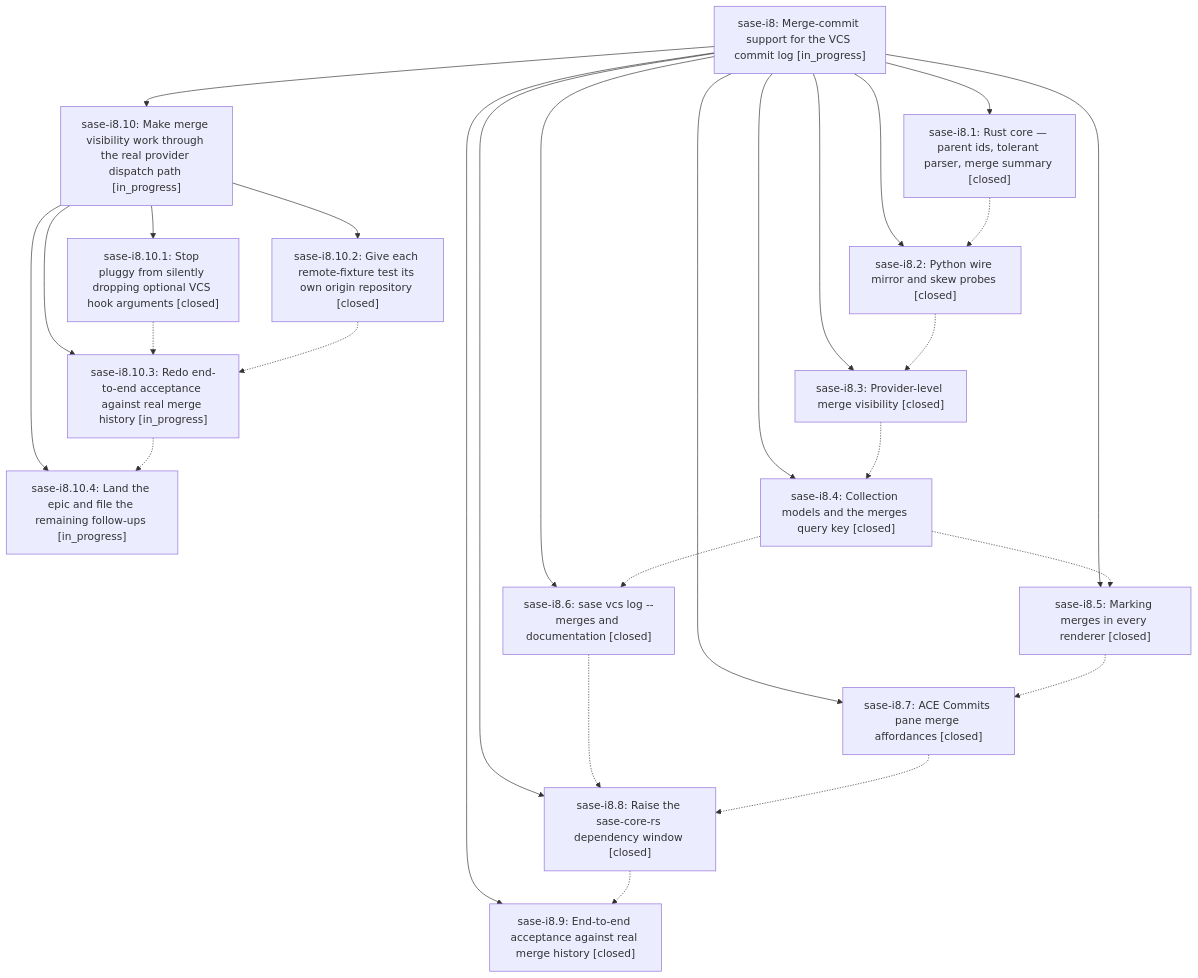
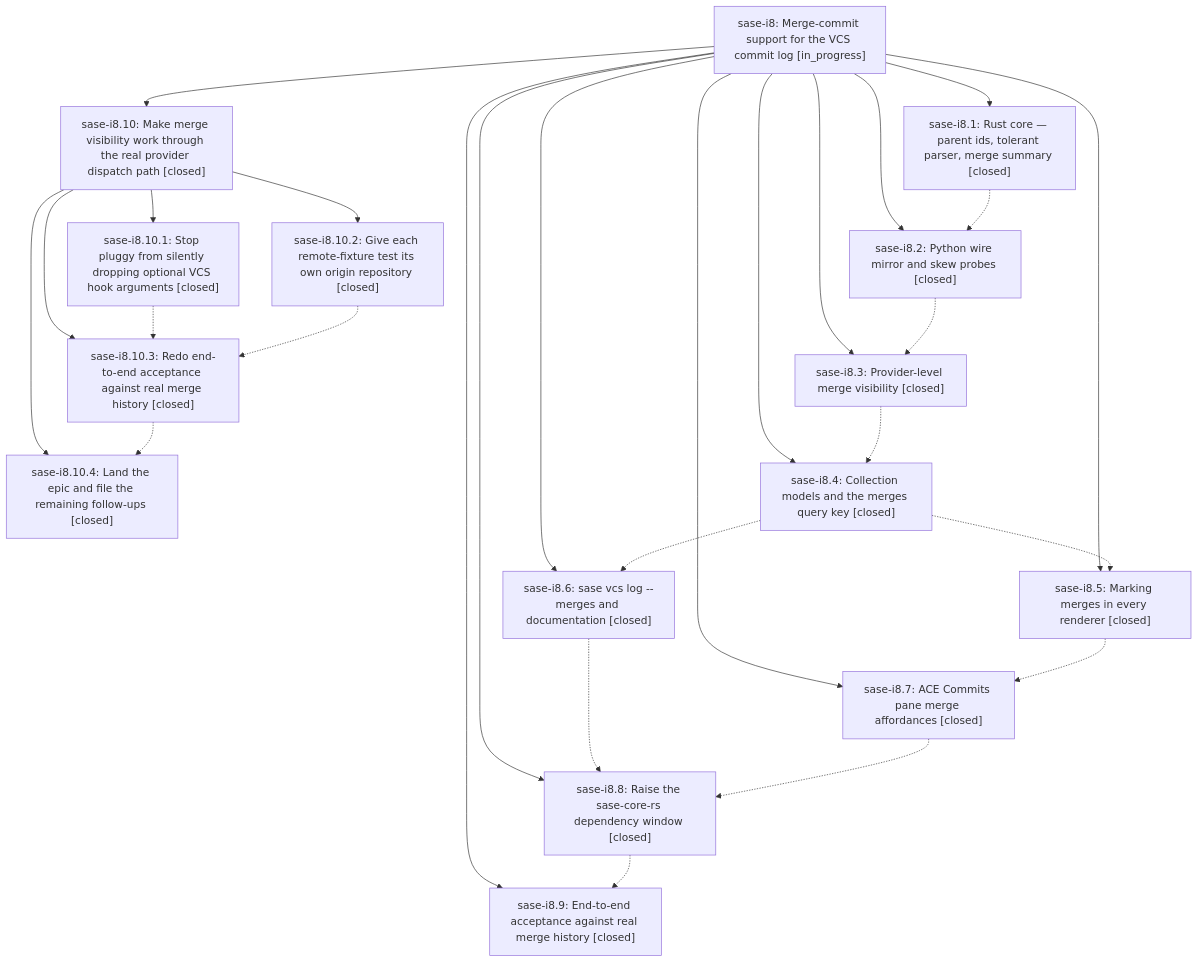
One commit to sase-org/sase--beads changed the diagram in pages/sase-i8/README.md. Above: the diagram before and after it, drawn with Mermaid. The commit also changed other lines of this file and 5 other files, not shown here.

````diff
--- a/pages/sase-i8/README.md
+++ b/pages/sase-i8/README.md
@@ -40,44 +46,44 @@
 ```mermaid
 flowchart TD
     n0["sase-i8: Merge-commit support for the VCS commit log [in_progress]"]
     n1["sase-i8.1: Rust core — parent ids, tolerant parser, merge summary [closed]"]
-    n2["sase-i8.10: Make merge visibility work through the real provider dispatch path [in_progress]"]
+    n2["sase-i8.10: Make merge visibility work through the real provider dispatch path [closed]"]
     n3["sase-i8.10.1: Stop pluggy from silently dropping optional VCS hook arguments [closed]"]
     n4["sase-i8.10.2: Give each remote-fixture test its own origin repository [closed]"]
-    n5["sase-i8.10.3: Redo end-to-end acceptance against real merge history [in_progress]"]
-    n6["sase-i8.10.4: Land the epic and file the remaining follow-ups [in_progress]"]
+    n5["sase-i8.10.3: Redo end-to-end acceptance against real merge history [closed]"]
+    n6["sase-i8.10.4: Land the epic and file the remaining follow-ups [closed]"]
     n7["sase-i8.2: Python wire mirror and skew probes [closed]"]
     n8["sase-i8.3: Provider-level merge visibility [closed]"]
     n9["sase-i8.4: Collection models and the merges query key [closed]"]
     n10["sase-i8.5: Marking merges in every renderer [closed]"]
     n11["sase-i8.6: sase vcs log --merges and documentation [closed]"]
     n12["sase-i8.7: ACE Commits pane merge affordances [closed]"]
     n13["sase-i8.8: Raise the sase-core-rs dependency window [closed]"]
     n14["sase-i8.9: End-to-end acceptance against real merge history [closed]"]
     n0 --> n1
     n0 --> n2
     n2 --> n3
     n2 --> n4
     n2 --> n5
     n2 --> n6
     n0 --> n7
     n0 --> n8
     n0 --> n9
     n0 --> n10
     n0 --> n11
     n0 --> n12
     n0 --> n13
     n0 --> n14
     n1 -.-> n7
     n3 -.-> n5
     n4 -.-> n5
     n5 -.-> n6
     n7 -.-> n8
     n8 -.-> n9
     n9 -.-> n10
     n9 -.-> n11
     n10 -.-> n12
     n11 -.-> n13
     n12 -.-> n13
     n13 -.-> n14
 ```
````
